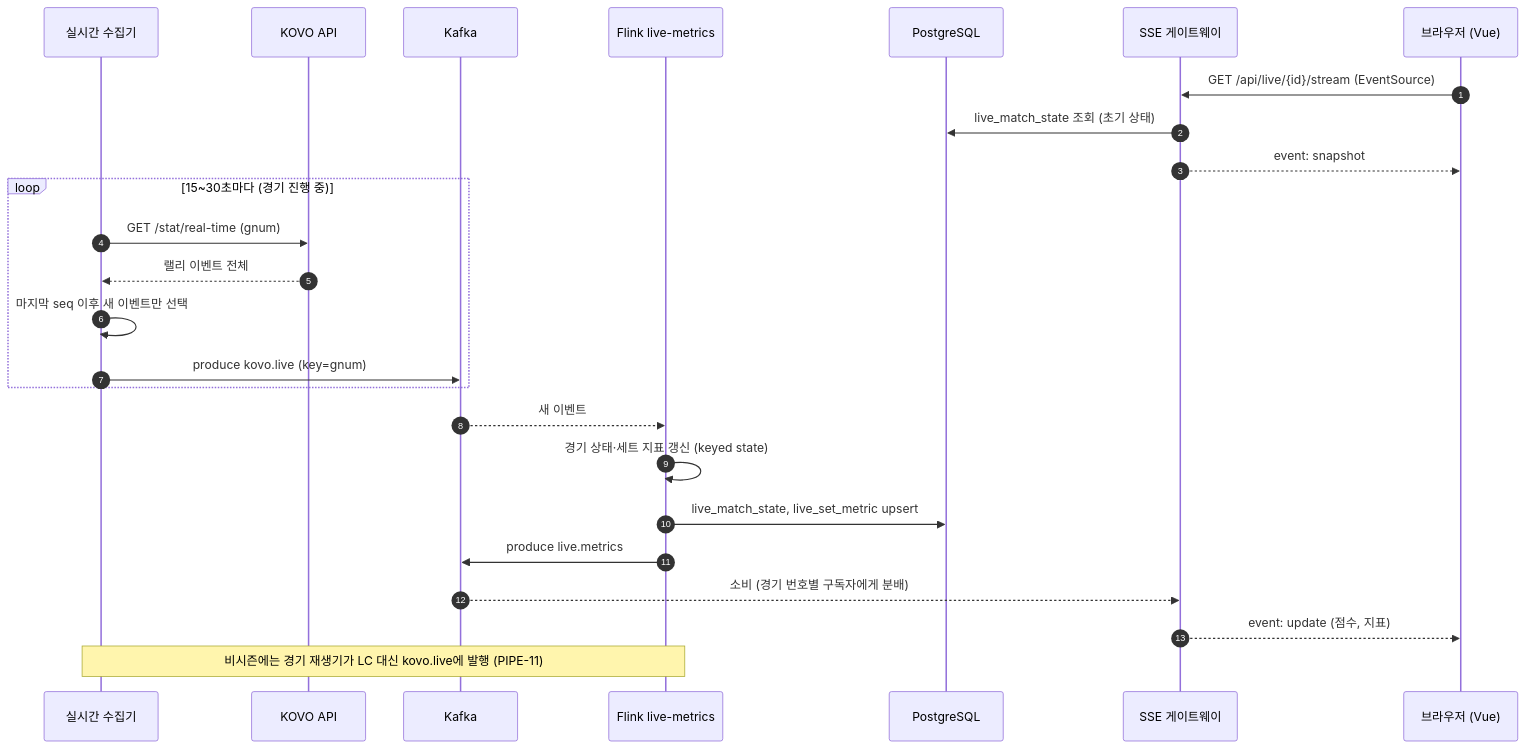
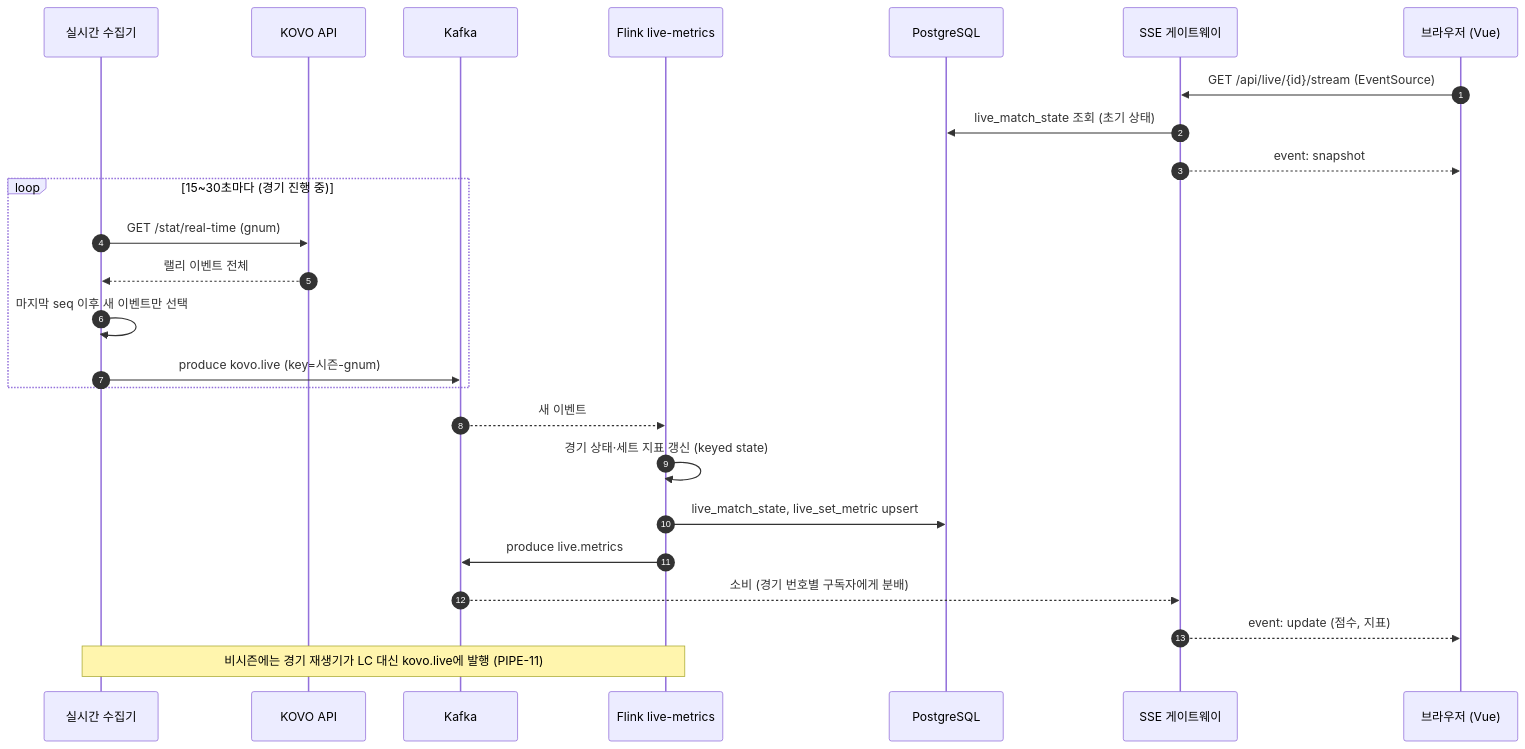
Diagram 13 of 17 in docs/design.md (ksh1004/volley-insight), drawn with Mermaid before and after one commit. The commit also changed other lines of this file and 38 other files, not shown here.

````diff
--- a/docs/design.md
+++ b/docs/design.md
@@ -877,28 +898,28 @@
 ```mermaid
 sequenceDiagram
   autonumber
   participant LC as 실시간 수집기
   participant KV as KOVO API
   participant K as Kafka
   participant FL as Flink live-metrics
   participant PG as PostgreSQL
   participant SSE as SSE 게이트웨이
   participant B as 브라우저 (Vue)
 
   B->>SSE: GET /api/live/{id}/stream (EventSource)
   SSE->>PG: live_match_state 조회 (초기 상태)
   SSE-->>B: event: snapshot
   loop 15~30초마다 (경기 진행 중)
     LC->>KV: GET /stat/real-time (gnum)
     KV-->>LC: 랠리 이벤트 전체
     LC->>LC: 마지막 seq 이후 새 이벤트만 선택
-    LC->>K: produce kovo.live (key=gnum)
+    LC->>K: produce kovo.live (key=시즌-gnum)
   end
   K-->>FL: 새 이벤트
   FL->>FL: 경기 상태·세트 지표 갱신 (keyed state)
   FL->>PG: live_match_state, live_set_metric upsert
   FL->>K: produce live.metrics
   K-->>SSE: 소비 (경기 번호별 구독자에게 분배)
   SSE-->>B: event: update (점수, 지표)
   Note over LC,FL: 비시즌에는 경기 재생기가 LC 대신 kovo.live에 발행 (PIPE-11)
 ```
````
